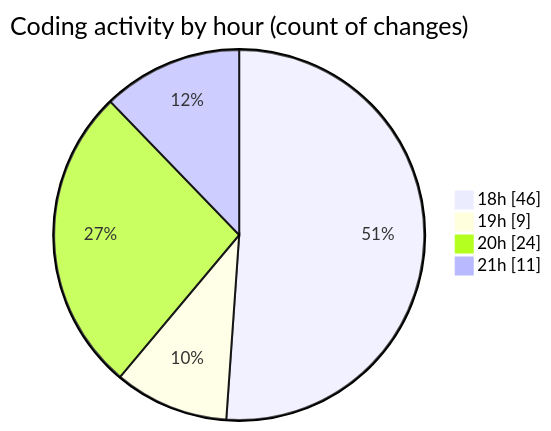
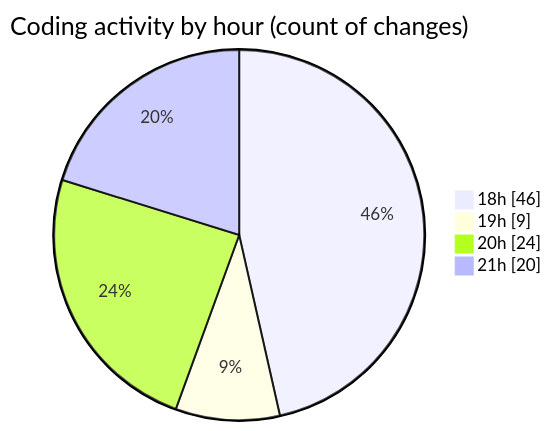
One commit to Ritupan-Deka/code-tracking changed the second of 2 diagrams in 2025-07-05/hidden_search_widget/README.md. Above: the diagram before and after it, drawn with Mermaid. The commit also changed other lines of this file and 1 other file, not shown here.

````diff
--- a/2025-07-05/hidden_search_widget/README.md
+++ b/2025-07-05/hidden_search_widget/README.md
@@ -37,8 +37,8 @@
 ```mermaid
 pie showData
 title Coding activity by hour (count of changes)
 "18h" : 46
 "19h" : 9
 "20h" : 24
-"21h" : 11
+"21h" : 20
 ```
````
